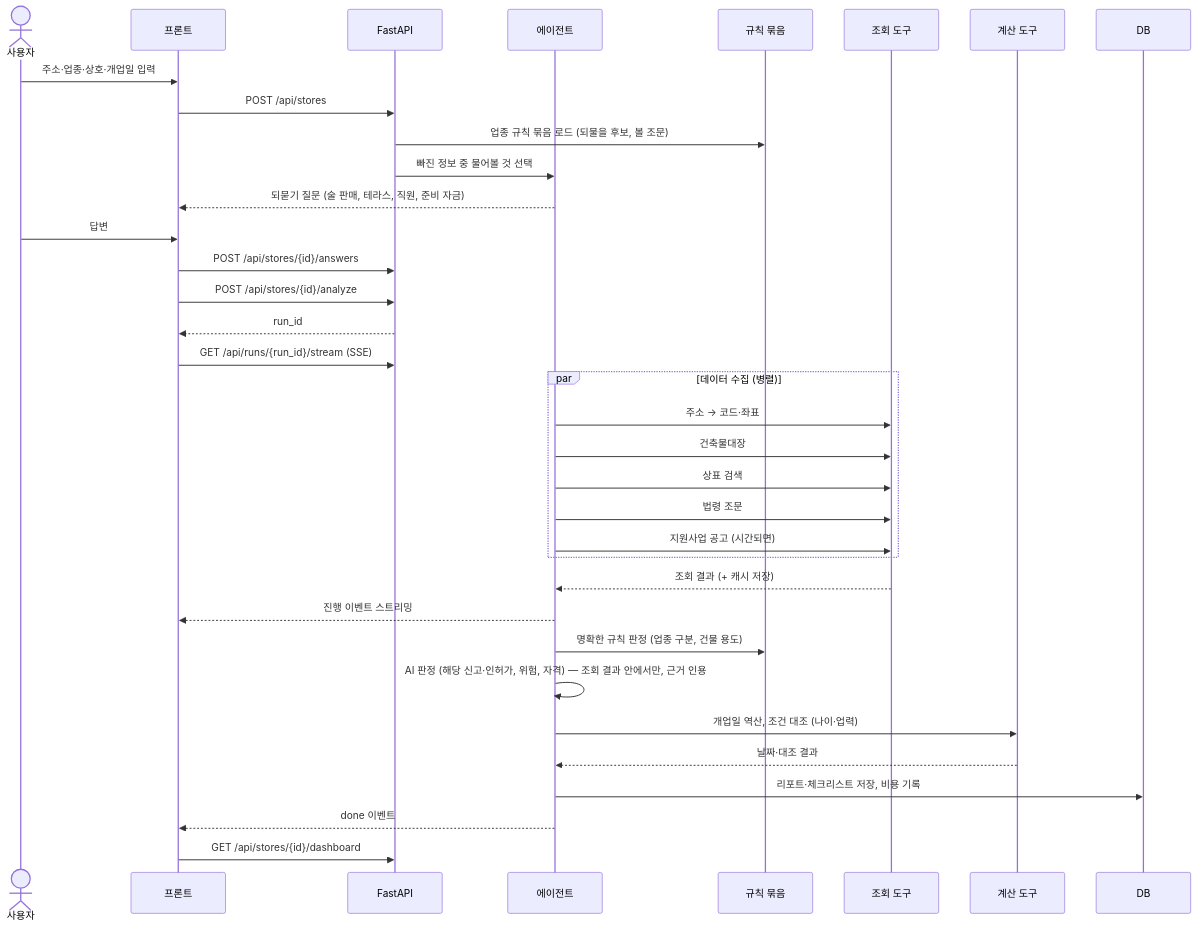
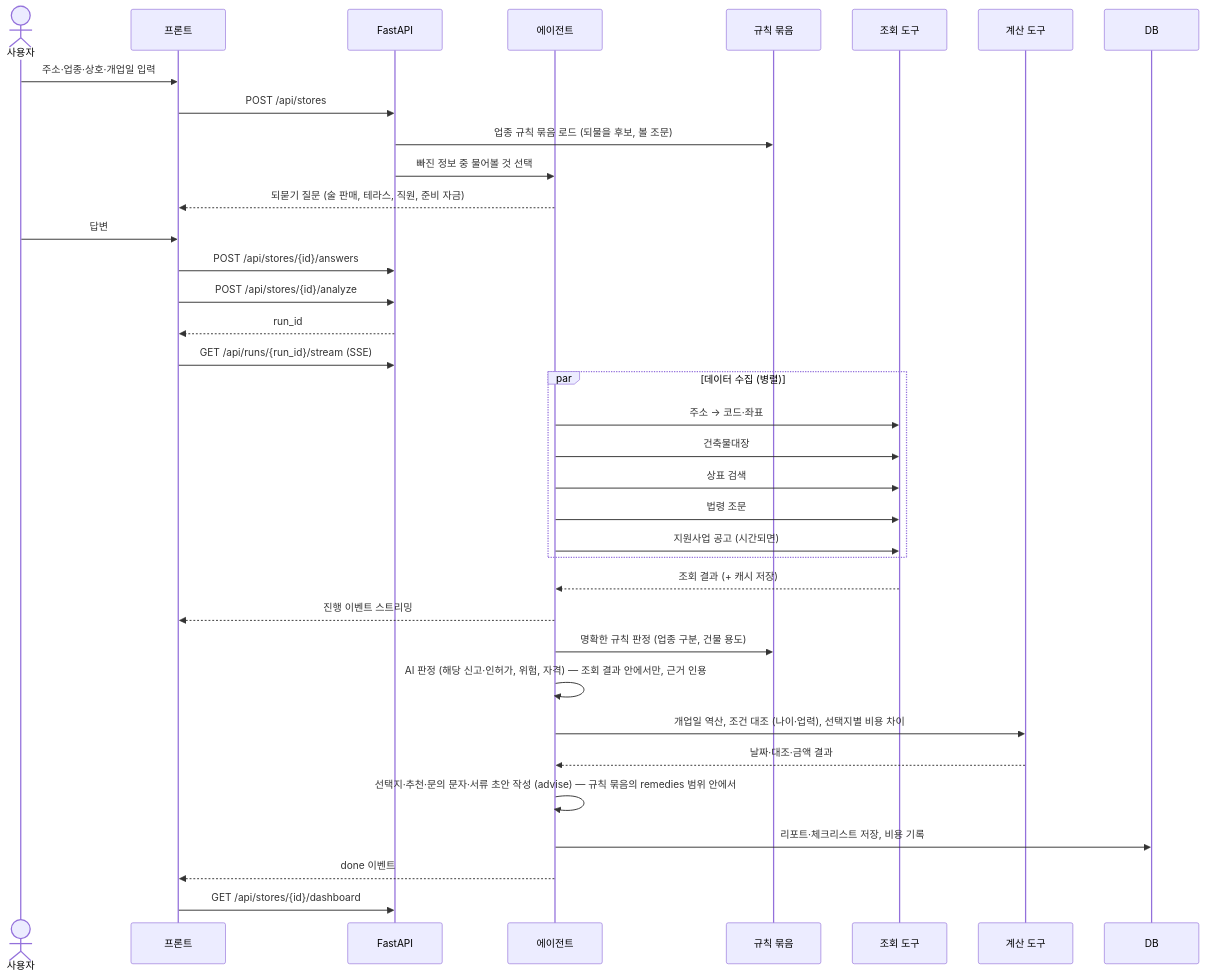
Before and after one commit to kimtaeg/Foundy: the second of 4 diagrams in docs/아키텍처_인프라.md, drawn with Mermaid. The commit also changed other lines of this file and 5 other files, not shown here.

````diff
--- a/docs/아키텍처_인프라.md
+++ b/docs/아키텍처_인프라.md
@@ -104,38 +106,39 @@
 ```mermaid
 sequenceDiagram
     actor U as 사용자
     participant FE as 프론트
     participant API as FastAPI
     participant AG as 에이전트
     participant RP as 규칙 묶음
     participant T as 조회 도구
     participant C as 계산 도구
     participant DB as DB
 
     U->>FE: 주소·업종·상호·개업일 입력
     FE->>API: POST /api/stores
     API->>RP: 업종 규칙 묶음 로드 (되물을 후보, 볼 조문)
     API->>AG: 빠진 정보 중 물어볼 것 선택
     AG-->>FE: 되묻기 질문 (술 판매, 테라스, 직원, 준비 자금)
     U->>FE: 답변
     FE->>API: POST /api/stores/{id}/answers
     FE->>API: POST /api/stores/{id}/analyze
     API-->>FE: run_id
     FE->>API: GET /api/runs/{run_id}/stream (SSE)
     par 데이터 수집 (병렬)
         AG->>T: 주소 → 코드·좌표
         AG->>T: 건축물대장
         AG->>T: 상표 검색
         AG->>T: 법령 조문
         AG->>T: 지원사업 공고 (시간되면)
     end
     T-->>AG: 조회 결과 (+ 캐시 저장)
     AG-->>FE: 진행 이벤트 스트리밍
     AG->>RP: 명확한 규칙 판정 (업종 구분, 건물 용도)
     AG->>AG: AI 판정 (해당 신고·인허가, 위험, 자격) — 조회 결과 안에서만, 근거 인용
-    AG->>C: 개업일 역산, 조건 대조 (나이·업력)
-    C-->>AG: 날짜·대조 결과
+    AG->>C: 개업일 역산, 조건 대조 (나이·업력), 선택지별 비용 차이
+    C-->>AG: 날짜·대조·금액 결과
+    AG->>AG: 선택지·추천·문의 문자·서류 초안 작성 (advise) — 규칙 묶음의 remedies 범위 안에서
     AG->>DB: 리포트·체크리스트 저장, 비용 기록
     AG-->>FE: done 이벤트
     FE->>API: GET /api/stores/{id}/dashboard
 ```
````
